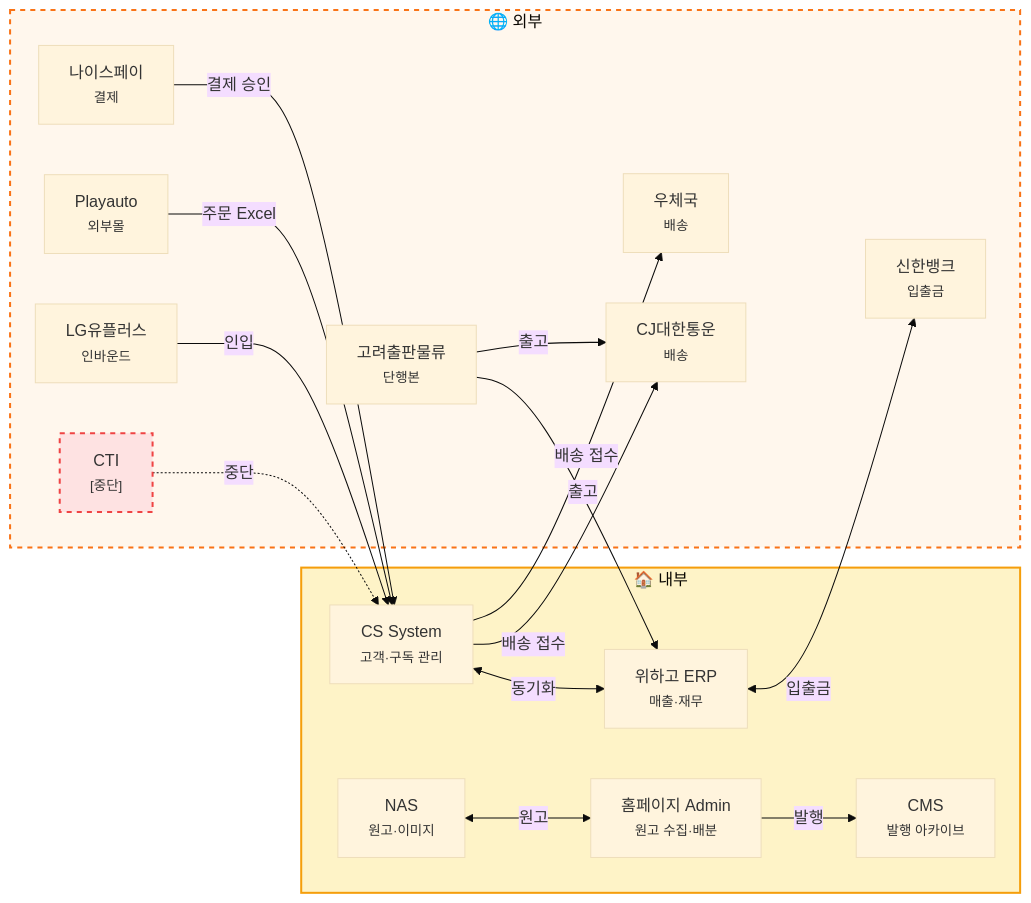
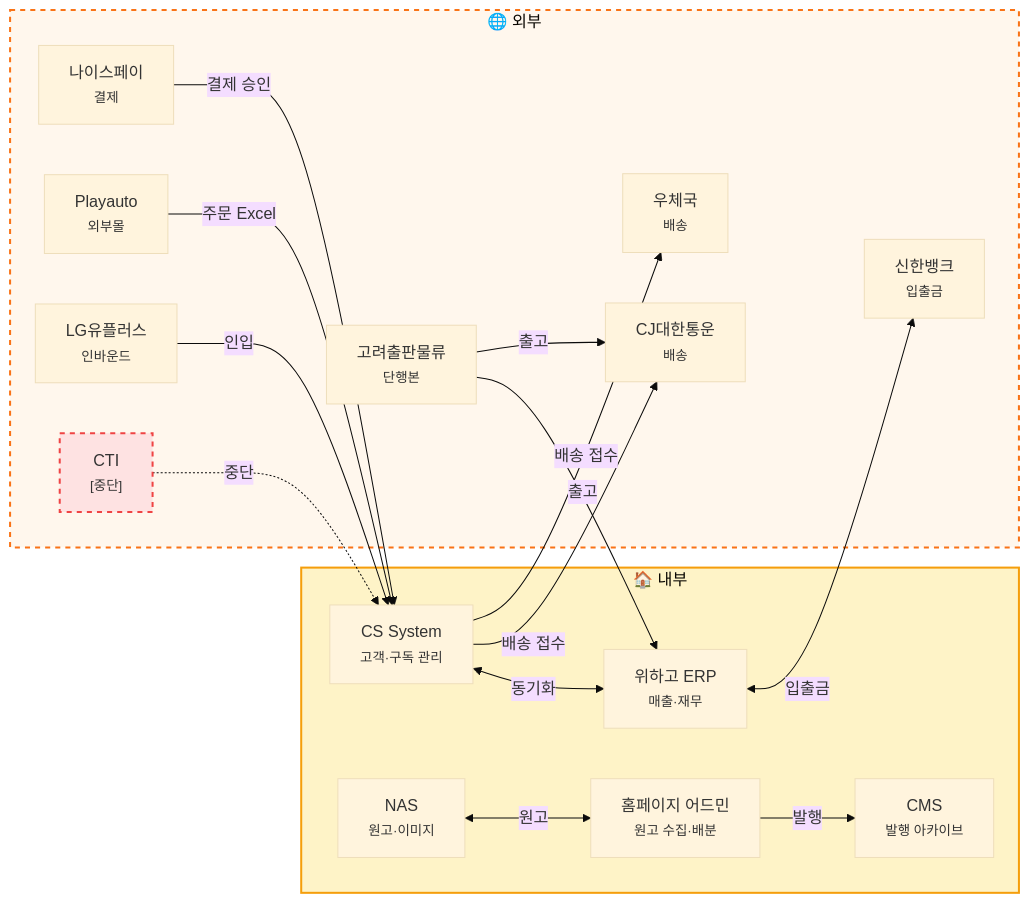
One commit to sknkwoxs/manual-book changed the seventh of 8 diagrams in src/content/docs/goodthinking-isp/02-analysis/entity-map.md. Above: the diagram before and after it, drawn with Mermaid (base theme). The commit also changed other lines of this file and 27 other files, not shown here.

````diff
--- a/src/content/docs/goodthinking-isp/02-analysis/entity-map.md
+++ b/src/content/docs/goodthinking-isp/02-analysis/entity-map.md
@@ -339,45 +339,45 @@
 ```mermaid
 flowchart LR
     subgraph INTERNAL["🏠 내부"]
         CS["CS System<br/><small>고객·구독 관리</small>"]
         ERP["위하고 ERP<br/><small>매출·재무</small>"]
-        ADMIN["홈페이지 Admin<br/><small>원고 수집·배분</small>"]
+        ADMIN["홈페이지 어드민<br/><small>원고 수집·배분</small>"]
         CMS["CMS<br/><small>발행 아카이브</small>"]
         NAS["NAS<br/><small>원고·이미지</small>"]
     end
 
     subgraph EXTERNAL["🌐 외부"]
         NICE["나이스페이<br/><small>결제</small>"]
         PLAY["Playauto<br/><small>외부몰</small>"]
         KORYO["고려출판물류<br/><small>단행본</small>"]
         POST["우체국<br/><small>배송</small>"]
         CJ["CJ대한통운<br/><small>배송</small>"]
         BANK["신한뱅크<br/><small>입출금</small>"]
         LG["LG유플러스<br/><small>인바운드</small>"]
         CTI["CTI<br/><small>[중단]</small>"]
     end
 
     %% CS System 연동
     NICE -->|"결제 승인"| CS
     PLAY -->|"주문 Excel"| CS
     CS -->|"배송 접수"| POST
     CS -->|"배송 접수"| CJ
     CS <-->|"동기화"| ERP
 
     %% ERP 연동
     ERP <-->|"입출금"| BANK
     KORYO -->|"출고"| ERP
     KORYO -->|"출고"| CJ
 
     %% 콘텐츠 시스템 연동
     NAS <-->|"원고"| ADMIN
     ADMIN -->|"발행"| CMS
 
     %% 콜센터 연동
     LG -->|"인입"| CS
     CTI -.->|"중단"| CS
 
     style INTERNAL fill:#fef3c7,stroke:#f59e0b,stroke-width:2px
     style EXTERNAL fill:#fff7ed,stroke:#f97316,stroke-width:2px,stroke-dasharray: 5 5
     style CTI fill:#fee2e2,stroke:#ef4444,stroke-width:2px,stroke-dasharray: 5 5
 ```
````
